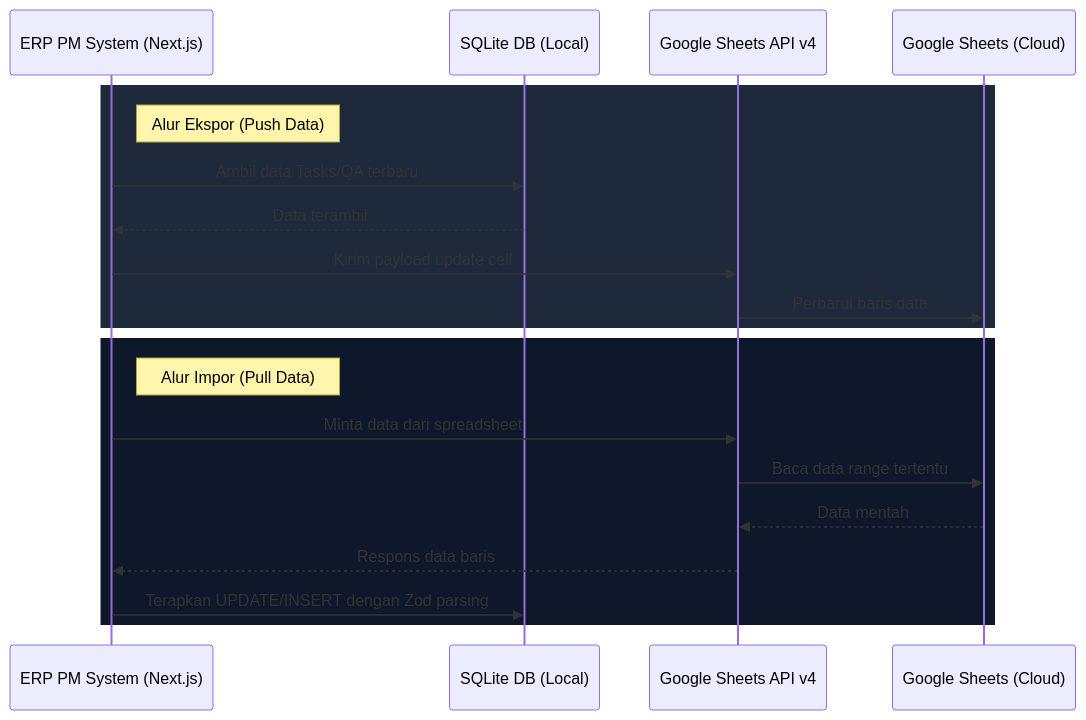
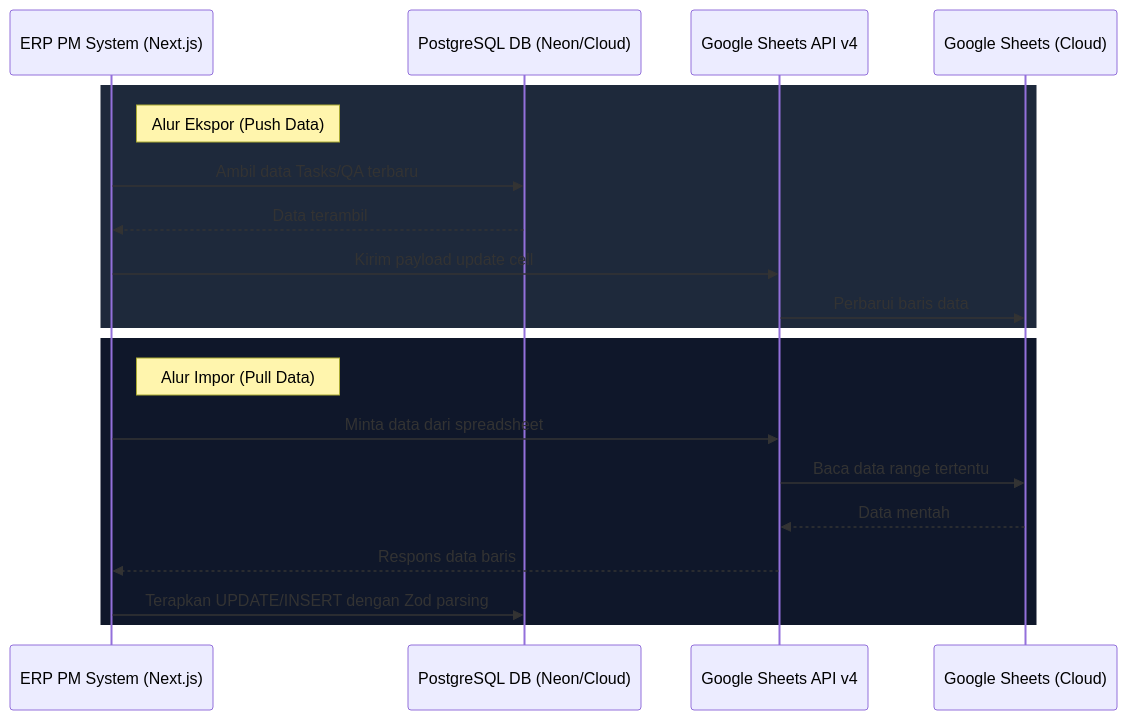
The diagram in docs-site/docs/architecture/data-sync.md (ndo-fer/pm-qa-system), drawn with Mermaid before and after one commit. The commit also changed other lines of this file and 6 other files, not shown here.

Commit message:
docs: fix all 7 quality review findings -- PostgreSQL, false Zod claim, homepage boilerplate, URLs, plaintext passwords

````diff
--- a/docs-site/docs/architecture/data-sync.md
+++ b/docs-site/docs/architecture/data-sync.md
@@ -9,24 +9,24 @@
 ```mermaid
 sequenceDiagram
     participant WebApp as ERP PM System (Next.js)
-    participant DB as SQLite DB (Local)
+    participant DB as PostgreSQL DB (Neon/Cloud)
     participant API as Google Sheets API v4
     participant Sheet as Google Sheets (Cloud)
 
     rect rgb(30, 41, 59)
         note right of WebApp: Alur Ekspor (Push Data)
         WebApp->>DB: Ambil data Tasks/QA terbaru
         DB-->>WebApp: Data terambil
         WebApp->>API: Kirim payload update cell
         API->>Sheet: Perbarui baris data
     end
     
     rect rgb(15, 23, 42)
         note right of WebApp: Alur Impor (Pull Data)
         WebApp->>API: Minta data dari spreadsheet
         API->>Sheet: Baca data range tertentu
         Sheet-->>API: Data mentah
         API-->>WebApp: Respons data baris
         WebApp->>DB: Terapkan UPDATE/INSERT dengan Zod parsing
     end
 ```
````
